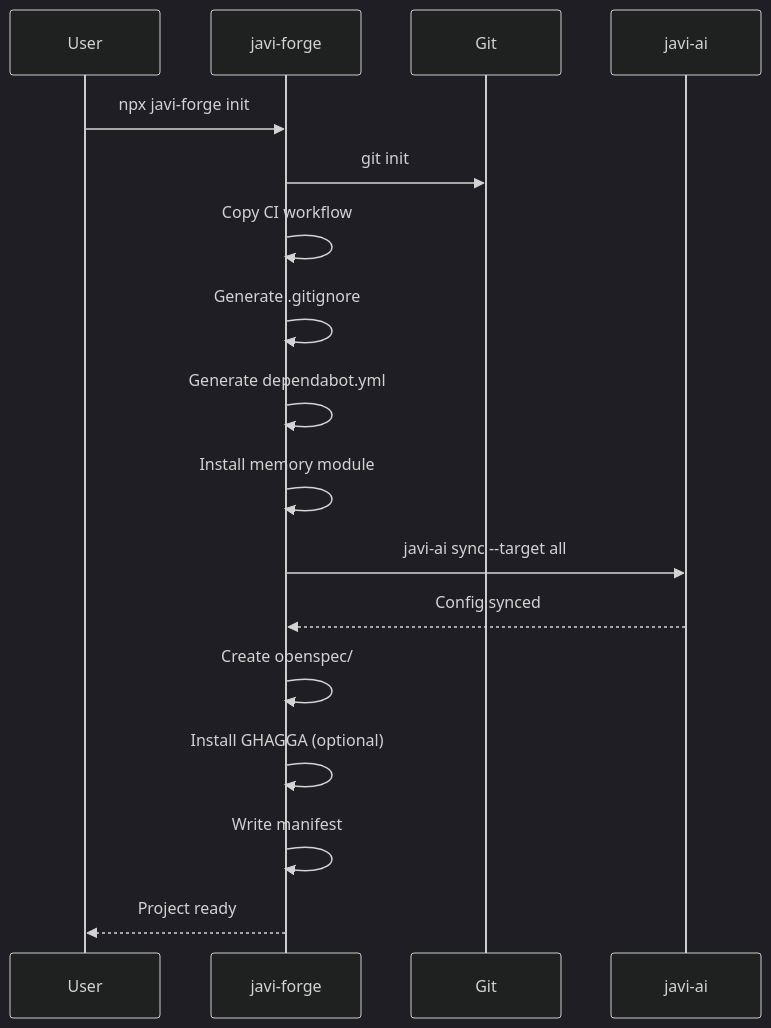
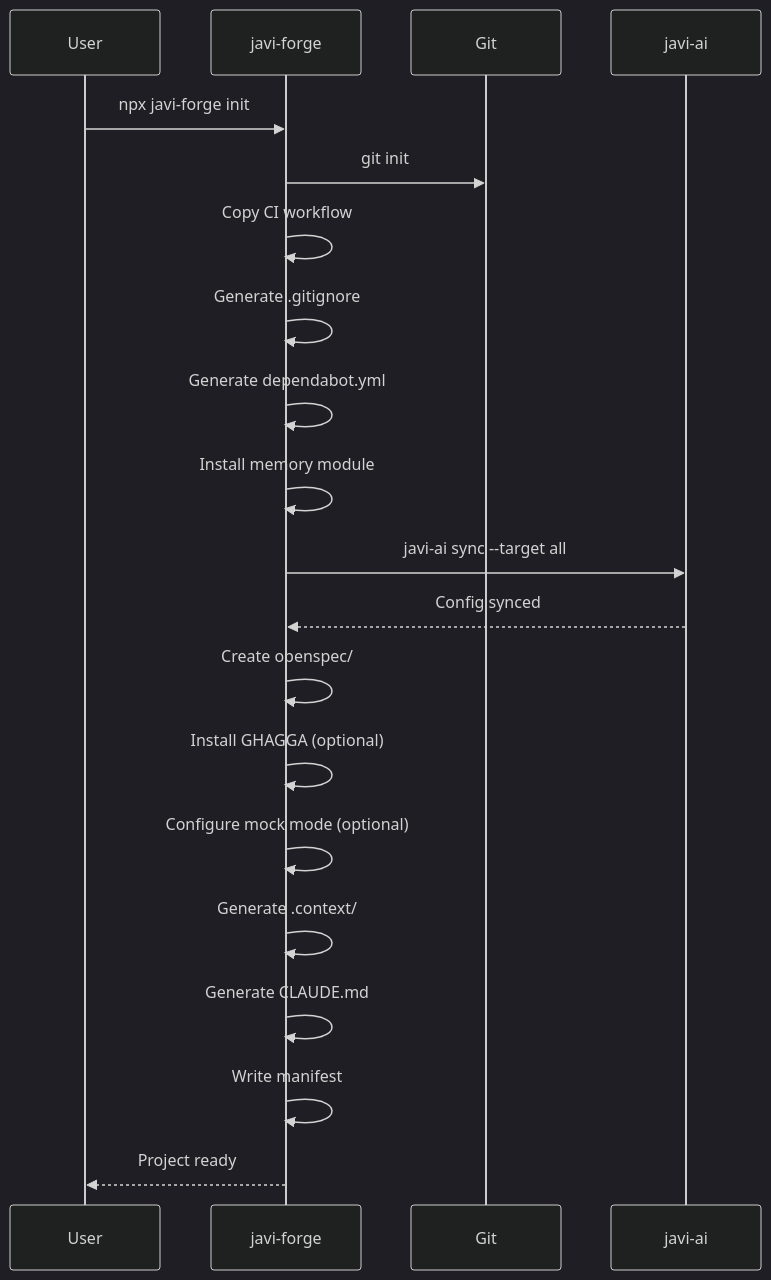
The diagram in docs/getting-started.md (JNZader/javi-forge), drawn with Mermaid (dark theme) before and after one commit. The commit also changed other lines of this file and 3 other files, not shown here.

````diff
--- a/docs/getting-started.md
+++ b/docs/getting-started.md
@@ -60,20 +62,23 @@
 ```mermaid
 sequenceDiagram
     participant User
     participant Forge as javi-forge
     participant Git
     participant AI as javi-ai
 
     User->>Forge: npx javi-forge init
     Forge->>Git: git init
     Forge->>Forge: Copy CI workflow
     Forge->>Forge: Generate .gitignore
     Forge->>Forge: Generate dependabot.yml
     Forge->>Forge: Install memory module
     Forge->>AI: javi-ai sync --target all
     AI-->>Forge: Config synced
     Forge->>Forge: Create openspec/
     Forge->>Forge: Install GHAGGA (optional)
+    Forge->>Forge: Configure mock mode (optional)
+    Forge->>Forge: Generate .context/
+    Forge->>Forge: Generate CLAUDE.md
     Forge->>Forge: Write manifest
     Forge-->>User: Project ready
 ```
````
